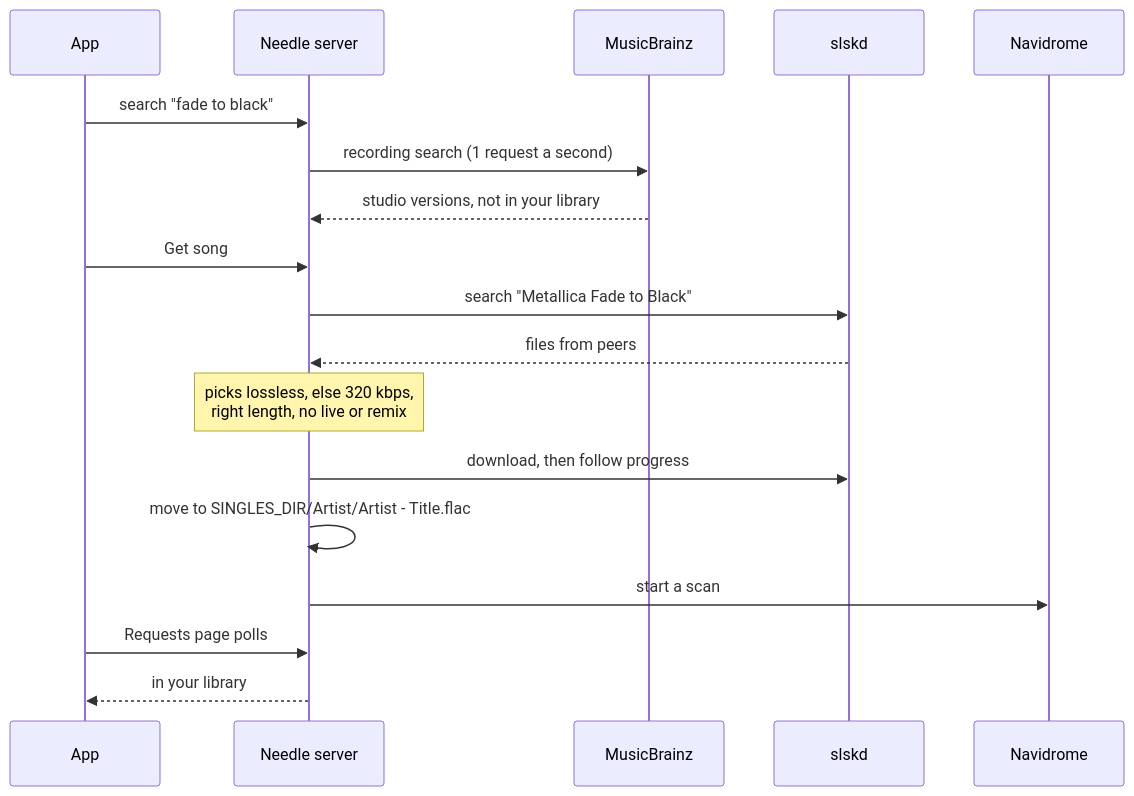
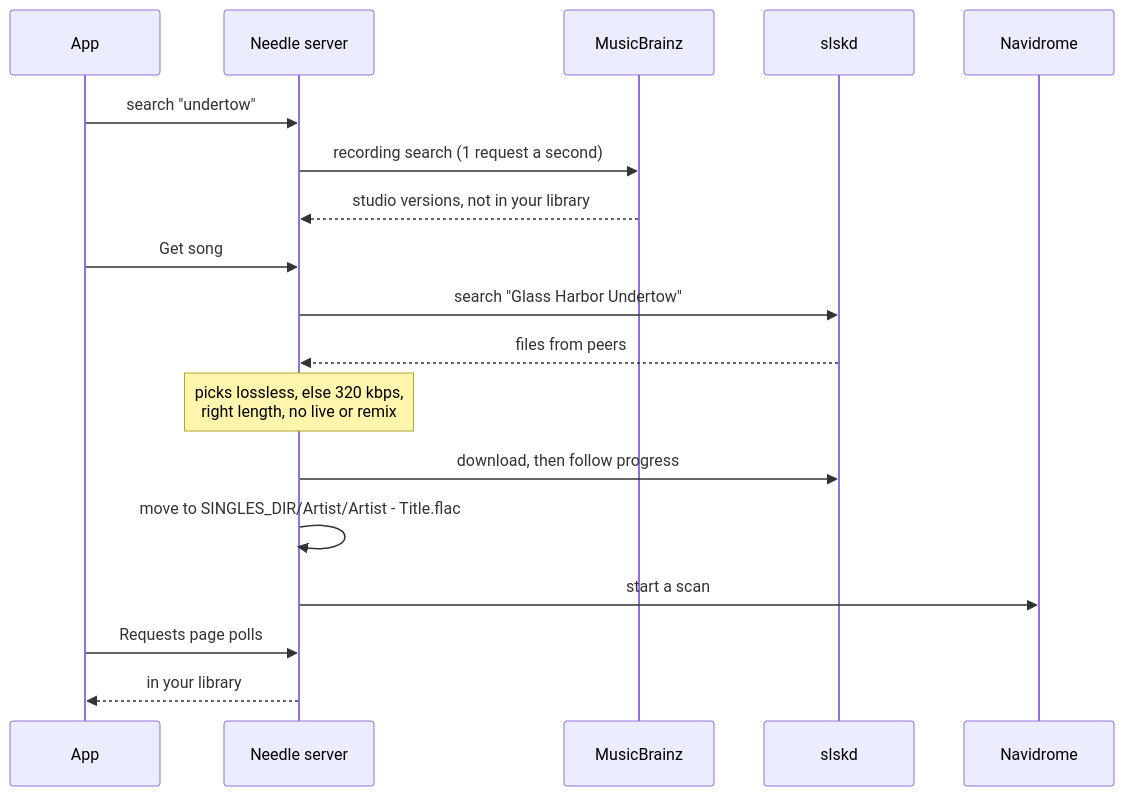
Before and after one commit to bugrauluyurt/needle: the second of 2 diagrams in README.md, drawn with Mermaid. The commit also changed other lines of this file and 25 other files, not shown here.

````diff
--- a/README.md
+++ b/README.md
@@ -111,20 +111,20 @@
 ```mermaid
 sequenceDiagram
   participant App
   participant Needle as Needle server
   participant MB as MusicBrainz
   participant S as slskd
   participant ND as Navidrome
-  App->>Needle: search "fade to black"
+  App->>Needle: search "undertow"
   Needle->>MB: recording search (1 request a second)
   MB-->>Needle: studio versions, not in your library
   App->>Needle: Get song
-  Needle->>S: search "Metallica Fade to Black"
+  Needle->>S: search "Glass Harbor Undertow"
   S-->>Needle: files from peers
   Note over Needle: picks lossless, else 320 kbps,<br/>right length, no live or remix
   Needle->>S: download, then follow progress
   Needle->>Needle: move to SINGLES_DIR/Artist/Artist - Title.flac
   Needle->>ND: start a scan
   App->>Needle: Requests page polls
   Needle-->>App: in your library
 ```
````
